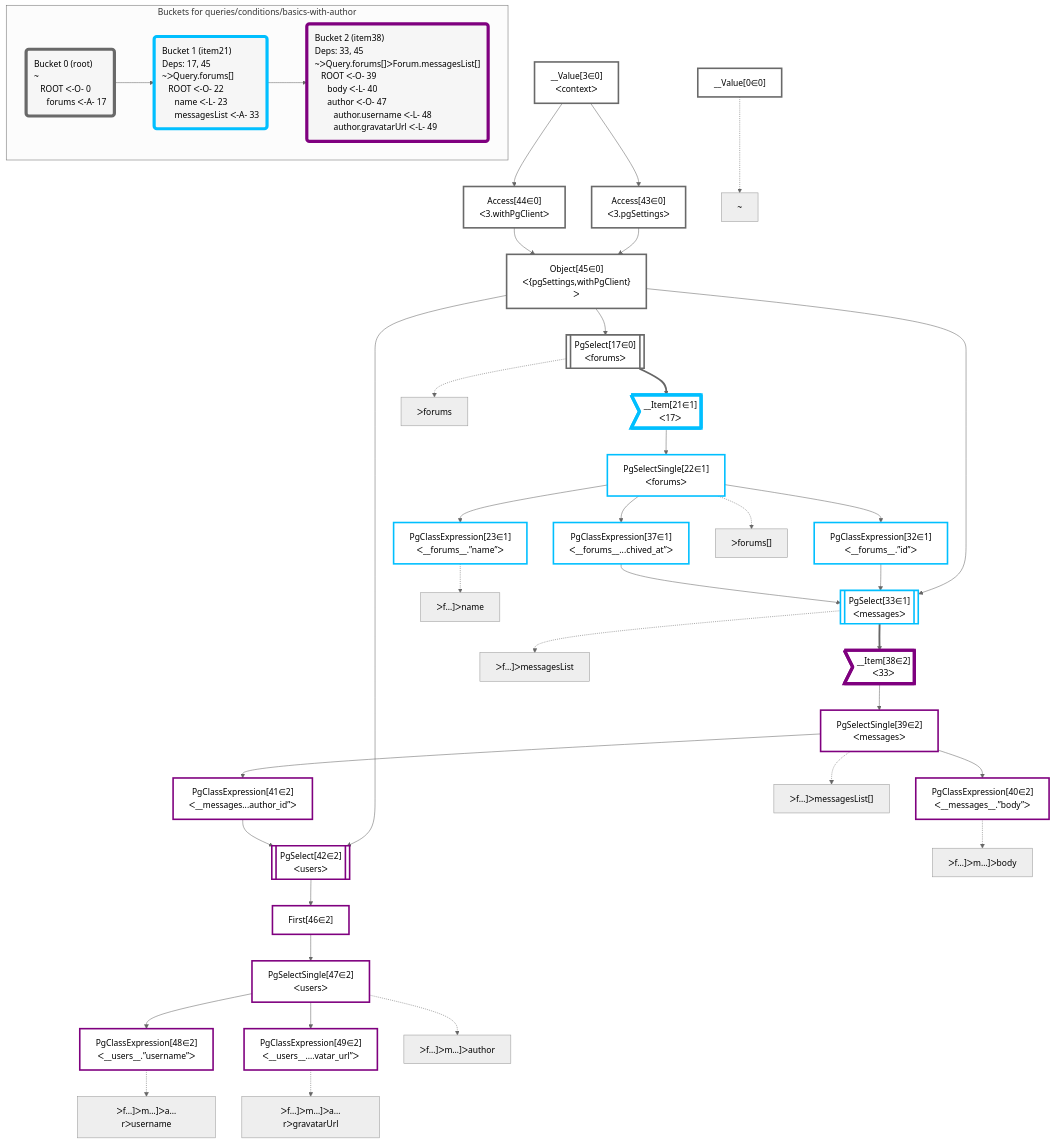
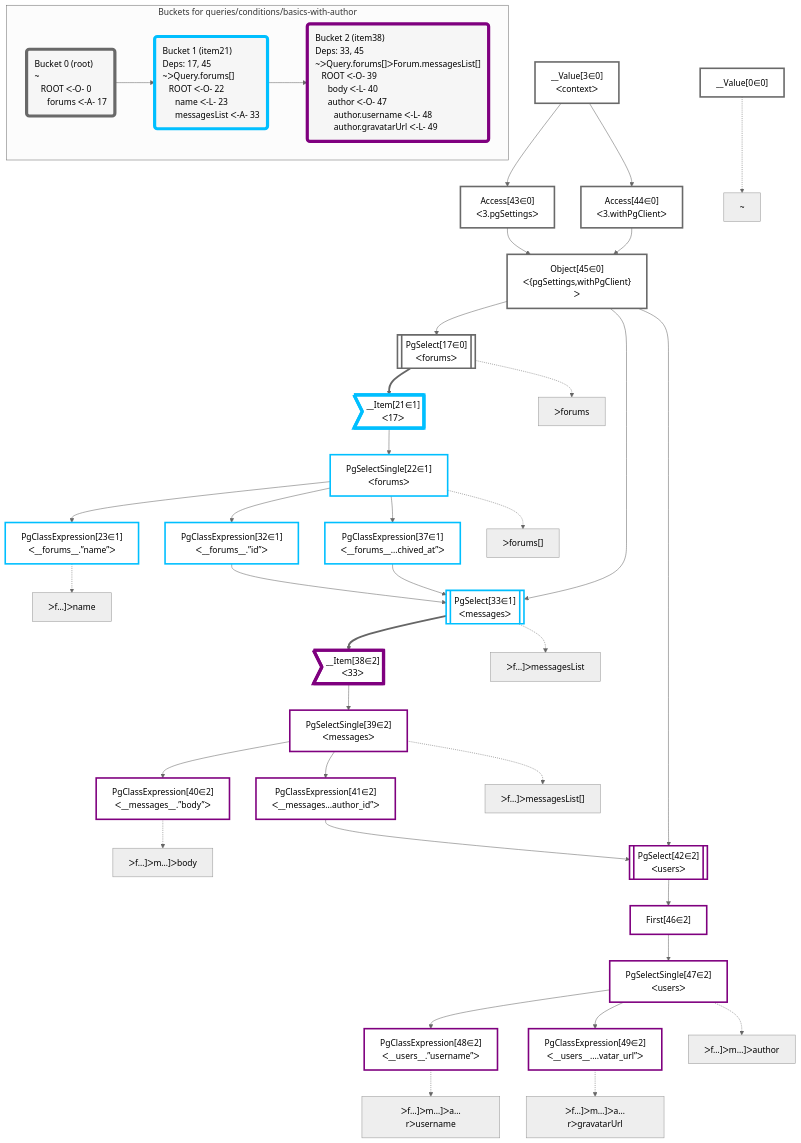
The diagram in packages/dataplan-pg/__tests__/queries/conditions/basics-with-author.deopt.mermaid.md (graphile/crystal), drawn with Mermaid (neutral theme) before and after one commit. The commit also changed other lines of this file and 195 other files, not shown here.

Commit message:
Reorder graphs

```diff
--- a/packages/dataplan-pg/__tests__/queries/conditions/basics-with-author.deopt.mermaid.md
+++ b/packages/dataplan-pg/__tests__/queries/conditions/basics-with-author.deopt.mermaid.md
@@ -9,47 +9,47 @@
 
     %% define plans
     __Value0["__Value[0∈0]"]:::plan
+    __Value3["__Value[3∈0]<br />ᐸcontextᐳ"]:::plan
+    Access43["Access[43∈0]<br />ᐸ3.pgSettingsᐳ"]:::plan
+    Access44["Access[44∈0]<br />ᐸ3.withPgClientᐳ"]:::plan
+    Object45["Object[45∈0]<br />ᐸ{pgSettings,withPgClient}ᐳ"]:::plan
+    PgSelect17[["PgSelect[17∈0]<br />ᐸforumsᐳ"]]:::plan
+    __Item21>"__Item[21∈1]<br />ᐸ17ᐳ"]:::itemplan
+    PgSelectSingle22["PgSelectSingle[22∈1]<br />ᐸforumsᐳ"]:::plan
     PgClassExpression23["PgClassExpression[23∈1]<br />ᐸ__forums__.”name”ᐳ"]:::plan
+    PgClassExpression32["PgClassExpression[32∈1]<br />ᐸ__forums__.”id”ᐳ"]:::plan
+    PgClassExpression37["PgClassExpression[37∈1]<br />ᐸ__forums__...chived_at”ᐳ"]:::plan
+    PgSelect33[["PgSelect[33∈1]<br />ᐸmessagesᐳ"]]:::plan
+    __Item38>"__Item[38∈2]<br />ᐸ33ᐳ"]:::itemplan
+    PgSelectSingle39["PgSelectSingle[39∈2]<br />ᐸmessagesᐳ"]:::plan
     PgClassExpression40["PgClassExpression[40∈2]<br />ᐸ__messages__.”body”ᐳ"]:::plan
+    PgClassExpression41["PgClassExpression[41∈2]<br />ᐸ__messages...author_id”ᐳ"]:::plan
+    PgSelect42[["PgSelect[42∈2]<br />ᐸusersᐳ"]]:::plan
+    First46["First[46∈2]"]:::plan
+    PgSelectSingle47["PgSelectSingle[47∈2]<br />ᐸusersᐳ"]:::plan
     PgClassExpression48["PgClassExpression[48∈2]<br />ᐸ__users__.”username”ᐳ"]:::plan
     PgClassExpression49["PgClassExpression[49∈2]<br />ᐸ__users__....vatar_url”ᐳ"]:::plan
-    PgSelectSingle47["PgSelectSingle[47∈2]<br />ᐸusersᐳ"]:::plan
-    First46["First[46∈2]"]:::plan
-    PgSelect42[["PgSelect[42∈2]<br />ᐸusersᐳ"]]:::plan
-    PgClassExpression41["PgClassExpression[41∈2]<br />ᐸ__messages...author_id”ᐳ"]:::plan
-    PgSelectSingle39["PgSelectSingle[39∈2]<br />ᐸmessagesᐳ"]:::plan
-    __Item38>"__Item[38∈2]<br />ᐸ33ᐳ"]:::itemplan
-    PgSelect33[["PgSelect[33∈1]<br />ᐸmessagesᐳ"]]:::plan
-    PgClassExpression32["PgClassExpression[32∈1]<br />ᐸ__forums__.”id”ᐳ"]:::plan
-    PgClassExpression37["PgClassExpression[37∈1]<br />ᐸ__forums__...chived_at”ᐳ"]:::plan
-    PgSelectSingle22["PgSelectSingle[22∈1]<br />ᐸforumsᐳ"]:::plan
-    __Item21>"__Item[21∈1]<br />ᐸ17ᐳ"]:::itemplan
-    PgSelect17[["PgSelect[17∈0]<br />ᐸforumsᐳ"]]:::plan
-    Object45["Object[45∈0]<br />ᐸ{pgSettings,withPgClient}ᐳ"]:::plan
-    Access43["Access[43∈0]<br />ᐸ3.pgSettingsᐳ"]:::plan
-    Access44["Access[44∈0]<br />ᐸ3.withPgClientᐳ"]:::plan
-    __Value3["__Value[3∈0]<br />ᐸcontextᐳ"]:::plan
 
     %% plan dependencies
+    __Value3 --> Access43
+    __Value3 --> Access44
+    Access43 & Access44 --> Object45
+    Object45 --> PgSelect17
+    PgSelect17 ==> __Item21
+    __Item21 --> PgSelectSingle22
     PgSelectSingle22 --> PgClassExpression23
+    PgSelectSingle22 --> PgClassExpression32
+    PgSelectSingle22 --> PgClassExpression37
+    Object45 & PgClassExpression32 & PgClassExpression37 --> PgSelect33
+    PgSelect33 ==> __Item38
+    __Item38 --> PgSelectSingle39
     PgSelectSingle39 --> PgClassExpression40
+    PgSelectSingle39 --> PgClassExpression41
+    Object45 & PgClassExpression41 --> PgSelect42
+    PgSelect42 --> First46
+    First46 --> PgSelectSingle47
     PgSelectSingle47 --> PgClassExpression48
     PgSelectSingle47 --> PgClassExpression49
-    First46 --> PgSelectSingle47
-    PgSelect42 --> First46
-    Object45 & PgClassExpression41 --> PgSelect42
-    PgSelectSingle39 --> PgClassExpression41
-    __Item38 --> PgSelectSingle39
-    PgSelect33 ==> __Item38
-    Object45 & PgClassExpression32 & PgClassExpression37 --> PgSelect33
-    PgSelectSingle22 --> PgClassExpression32
-    PgSelectSingle22 --> PgClassExpression37
-    __Item21 --> PgSelectSingle22
-    PgSelect17 ==> __Item21
-    Object45 --> PgSelect17
-    Access43 & Access44 --> Object45
-    __Value3 --> Access43
-    __Value3 --> Access44
 
     %% plan-to-path relationships
     P0["~"]
```
